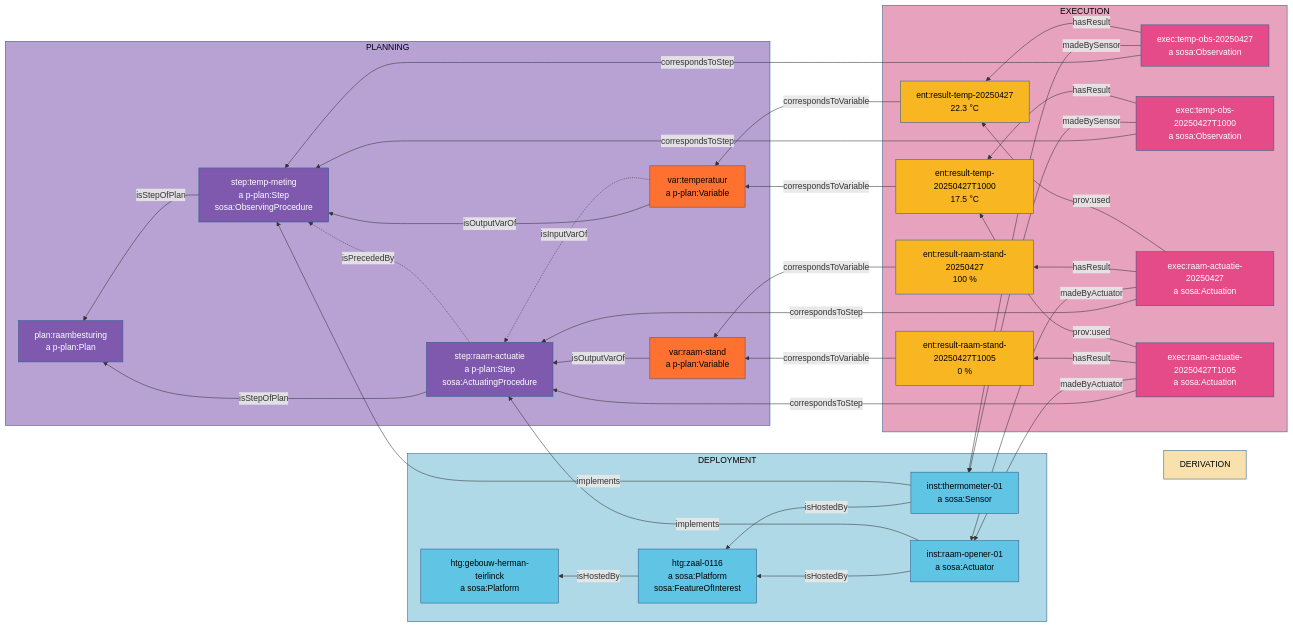
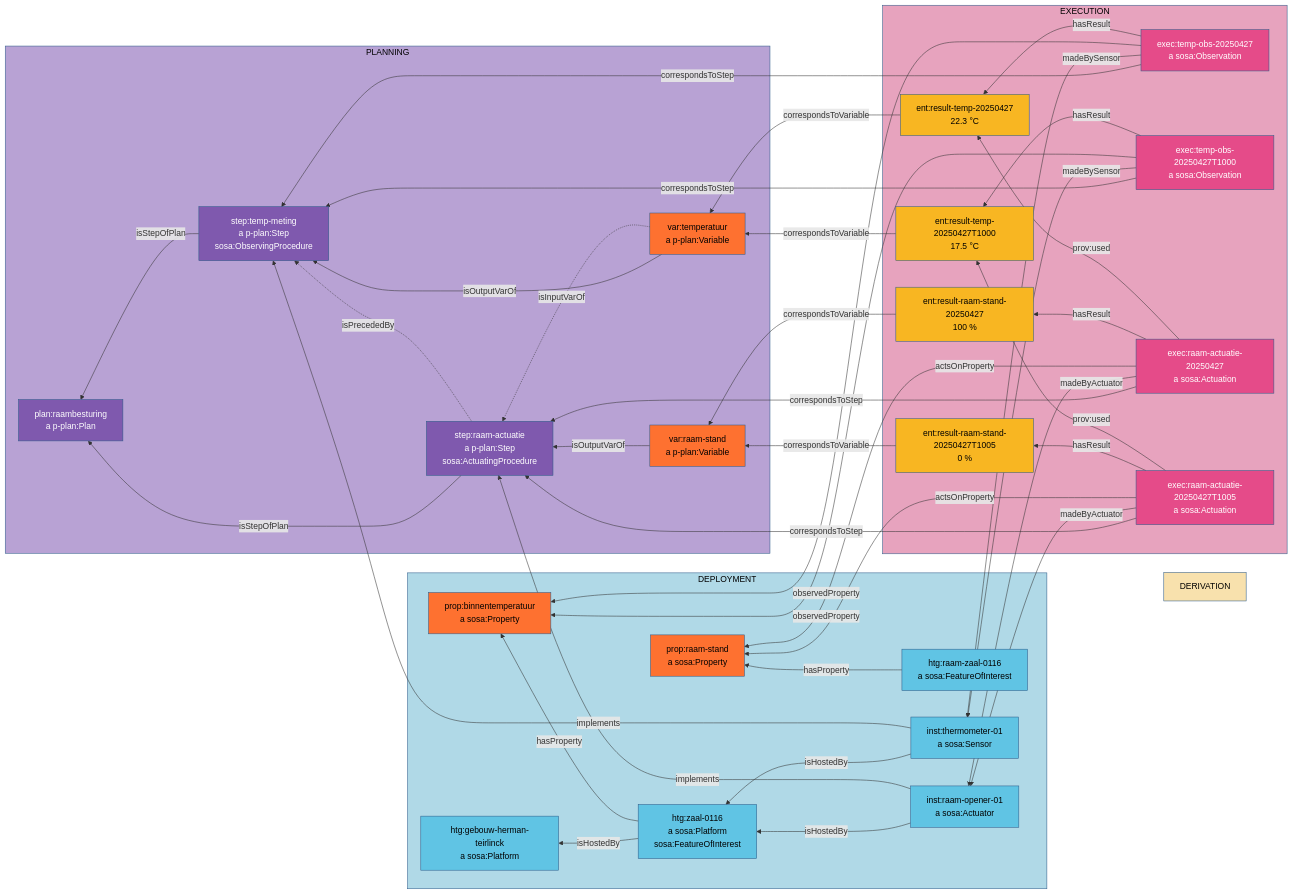
Before and after one commit to Informatievlaanderen/OSLOthema-SSNSOSA-VL: the diagram in src/main/input/temperatuur-raam/temperatuur-raam.mmd, drawn with Mermaid.

Commit message:
properties

```diff
--- a/src/main/input/temperatuur-raam/temperatuur-raam.mmd
+++ b/src/main/input/temperatuur-raam/temperatuur-raam.mmd
@@ -1,101 +1,115 @@
 flowchart RL
 
 subgraph PLANNING["PLANNING"]
     Plan["plan:raambesturing\na p-plan:Plan"]
     StapTemp["step:temp-meting\na p-plan:Step\nsosa:ObservingProcedure"]
     StapRaam["step:raam-actuatie\na p-plan:Step\nsosa:ActuatingProcedure"]
     VarTemp["var:temperatuur\na p-plan:Variable"]
     VarRaamStand["var:raam-stand\na p-plan:Variable"]
 end
 
 subgraph DEPLOYMENT["DEPLOYMENT"]
     Gebouw["htg:gebouw-herman-teirlinck\na sosa:Platform"]
     Zaal["htg:zaal-0116\na sosa:Platform\nsosa:FeatureOfInterest"]
+    Raam["htg:raam-zaal-0116\na sosa:FeatureOfInterest"]
+    PropTemp["prop:binnentemperatuur\na sosa:Property"]
+    PropRaam["prop:raam-stand\na sosa:Property"]
     Thermo["inst:thermometer-01\na sosa:Sensor"]
     RaamOpener["inst:raam-opener-01\na sosa:Actuator"]
 end
 
 subgraph EXECUTION["EXECUTION"]
     TempObs1["exec:temp-obs-20250427\na sosa:Observation"]
     ResultTemp1["ent:result-temp-20250427\n22.3 °C"]
     TempObs2["exec:temp-obs-20250427T1000\na sosa:Observation"]
     ResultTemp2["ent:result-temp-20250427T1000\n17.5 °C"]
 
         RaamAct1["exec:raam-actuatie-20250427\na sosa:Actuation"]
         ResultRaam1["ent:result-raam-stand-20250427\n100 %"]
         RaamAct2["exec:raam-actuatie-20250427T1005\na sosa:Actuation"]
         ResultRaam2["ent:result-raam-stand-20250427T1005\n0 %"]
 
 end
 
 %% Stijlen subgrafen
 style PLANNING fill:#b8a2d4,stroke:#2E5C8A,color:#000
 style DEPLOYMENT fill:#b0d9e7,stroke:#2E5C8A,color:#000
 style EXECUTION fill:#e7a3be,stroke:#2E5C8A,color:#000
 style DERIVATION fill:#f8e1ad,stroke:#2E5C8A,color:#000
 
 %% Stijlen planning-nodes
 style Plan fill:#7f59ae,stroke:#2E5C8A,color:#fff
 style StapTemp fill:#7f59ae,stroke:#2E5C8A,color:#fff
 style StapRaam fill:#7f59ae,stroke:#2E5C8A,color:#fff
 style VarTemp fill:#fe7130,stroke:#2E5C8A,color:#000
 style VarRaamStand fill:#fe7130,stroke:#2E5C8A,color:#000
 
 %% Stijlen deployment-nodes
 style Gebouw fill:#60c4e4,stroke:#2E5C8A,color:#000
 style Zaal fill:#60c4e4,stroke:#2E5C8A,color:#000
+style Raam fill:#60c4e4,stroke:#2E5C8A,color:#000
+style PropTemp fill:#fe7130,stroke:#2E5C8A,color:#000
+style PropRaam fill:#fe7130,stroke:#2E5C8A,color:#000
 style Thermo fill:#60c4e4,stroke:#2E5C8A,color:#000
 style RaamOpener fill:#60c4e4,stroke:#2E5C8A,color:#000
 
 %% Stijlen execution-nodes
 style TempObs1 fill:#e54b89,stroke:#2E5C8A,color:#fff
 style ResultTemp1 fill:#f8b622,stroke:#2E5C8A,color:#000
 style TempObs2 fill:#e54b89,stroke:#2E5C8A,color:#fff
 style ResultTemp2 fill:#f8b622,stroke:#2E5C8A,color:#000
 style RaamAct1 fill:#e54b89,stroke:#2E5C8A,color:#fff
 style ResultRaam1 fill:#f8b622,stroke:#2E5C8A,color:#000
 style RaamAct2 fill:#e54b89,stroke:#2E5C8A,color:#fff
 style ResultRaam2 fill:#f8b622,stroke:#2E5C8A,color:#000
 
 %% Planning-relaties
 StapTemp -->|isStepOfPlan| Plan
 StapRaam -->|isStepOfPlan| Plan
 StapRaam -.->|isPrecededBy| StapTemp
 VarTemp -->|isOutputVarOf| StapTemp
 VarTemp -.->|isInputVarOf| StapRaam
 VarRaamStand -->|isOutputVarOf| StapRaam
 
 %% Deployment-relaties
 Zaal -->|isHostedBy| Gebouw
 Thermo -->|isHostedBy| Zaal
 RaamOpener -->|isHostedBy| Zaal
+Zaal -->|hasProperty| PropTemp
+Raam -->|hasProperty| PropRaam
 Thermo -->|implements| StapTemp
 RaamOpener -->|implements| StapRaam
 
 %% Execution-relaties (naar stappen)
 TempObs1 -->|correspondsToStep| StapTemp
 TempObs2 -->|correspondsToStep| StapTemp
 RaamAct1 -->|correspondsToStep| StapRaam
 RaamAct2 -->|correspondsToStep| StapRaam
 
 %% Execution-relaties (naar sensoren/actuatoren)
 TempObs1 -->|madeBySensor| Thermo
 TempObs2 -->|madeBySensor| Thermo
 RaamAct1 -->|madeByActuator| RaamOpener
 RaamAct2 -->|madeByActuator| RaamOpener
+
+%% Execution-relaties (naar eigenschappen)
+TempObs1 -->|observedProperty| PropTemp
+TempObs2 -->|observedProperty| PropTemp
+RaamAct1 -->|actsOnProperty| PropRaam
+RaamAct2 -->|actsOnProperty| PropRaam
 
 %% Execution-relaties (naar resultaten)
 TempObs1 -->|hasResult| ResultTemp1
 TempObs2 -->|hasResult| ResultTemp2
 RaamAct1 -->|hasResult| ResultRaam1
 RaamAct2 -->|hasResult| ResultRaam2
 
 %% Derivation-relaties
 RaamAct1 -->|prov:used| ResultTemp1
 RaamAct2 -->|prov:used| ResultTemp2
 
 %% Result → variabele
 ResultTemp1 -->|correspondsToVariable| VarTemp
 ResultTemp2 -->|correspondsToVariable| VarTemp
 ResultRaam1 -->|correspondsToVariable| VarRaamStand
 ResultRaam2 -->|correspondsToVariable| VarRaamStand
```
